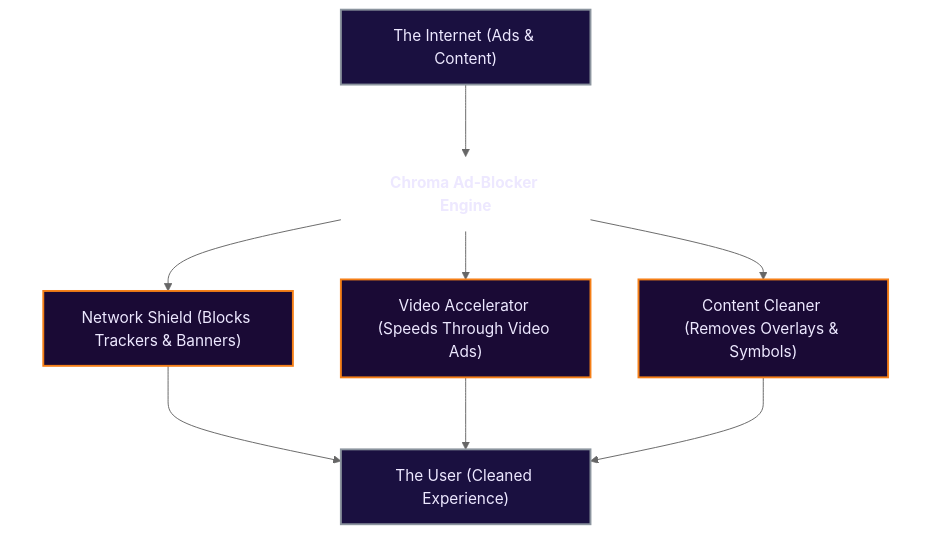
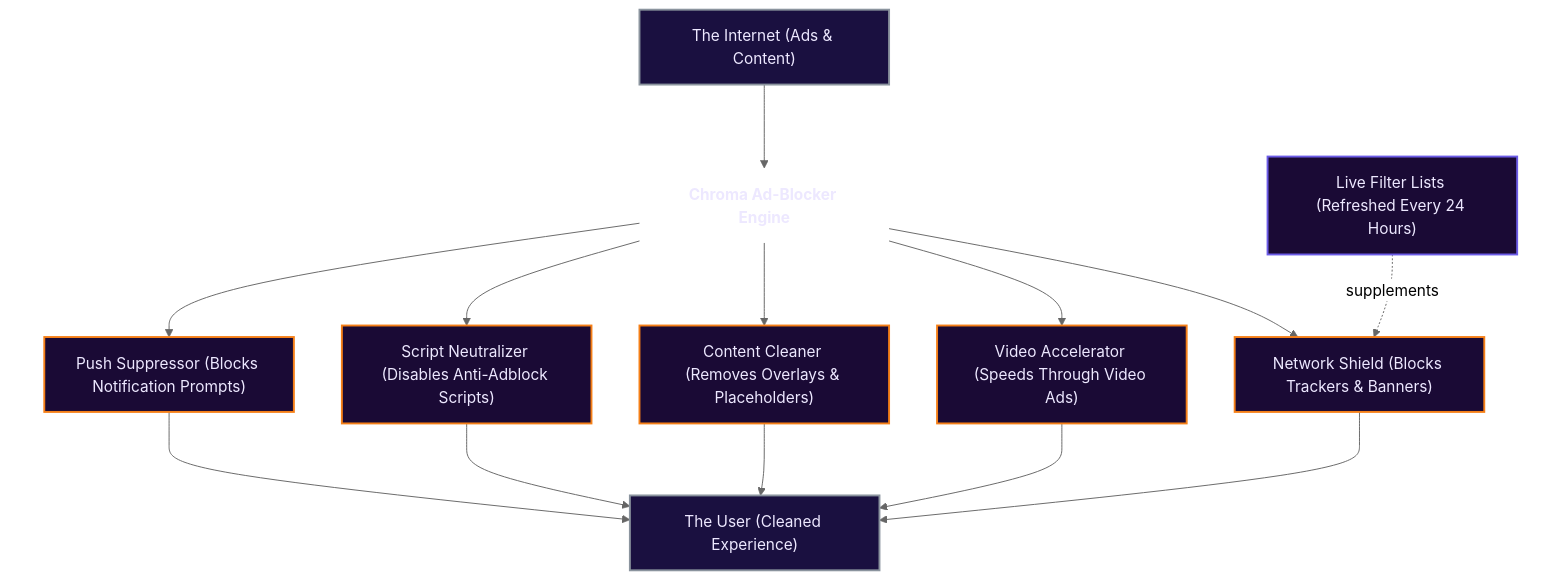
One commit to Dabrogost/Chroma-Ad-Blocker changed the diagram in docs/index.md. Above: the diagram before and after it, drawn with Mermaid (neutral theme). The commit also changed 1 other file, not shown here.

Commit message:
update mermaid graphs

```diff
--- a/docs/index.md
+++ b/docs/index.md
@@ -176,30 +176,39 @@
     <div class="mermaid">
 graph TD
     classDef actor fill:#1a1040,color:#ede8ff,stroke:#8b949e,stroke-width:2px
     classDef engine fill:#1a1040,color:#ede8ff,stroke:#01579b,stroke-width:2px
     classDef action fill:#1a0a35,color:#ede8ff,stroke:#f57f17,stroke-width:2px
+    classDef support fill:#1a0a35,color:#ede8ff,stroke:#6c5ce7,stroke-width:2px
     classDef title fill:none,stroke:none,color:#ede8ff,font-size:16px,font-weight:bold
 
     INTERNET["The Internet (Ads & Content)"]:::actor
 
     subgraph CHROMA[" "]
         TITLE["Chroma Ad-Blocker Engine"]:::title
         NETWORK["Network Shield (Blocks Trackers & Banners)"]:::action
+        LISTS["Live Filter Lists (Refreshed Every 24 Hours)"]:::support
         VIDEO["Video Accelerator (Speeds Through Video Ads)"]:::action
-        CONTENT["Content Cleaner (Removes Overlays & Symbols)"]:::action
-        
+        CONTENT["Content Cleaner (Removes Overlays & Placeholders)"]:::action
+        SCRIPTLETS["Script Neutralizer (Disables Anti-Adblock Scripts)"]:::action
+        PUSH["Push Suppressor (Blocks Notification Prompts)"]:::action
+
         TITLE --> NETWORK
         TITLE --> VIDEO
         TITLE --> CONTENT
+        TITLE --> SCRIPTLETS
+        TITLE --> PUSH
+        LISTS -.->|"supplements"| NETWORK
     end
 
     USER["The User (Cleaned Experience)"]:::actor
 
     INTERNET --> TITLE
 
     NETWORK --> USER
     VIDEO --> USER
     CONTENT --> USER
+    SCRIPTLETS --> USER
+    PUSH --> USER
 
     style CHROMA fill:none,stroke:none
     </div>
```
